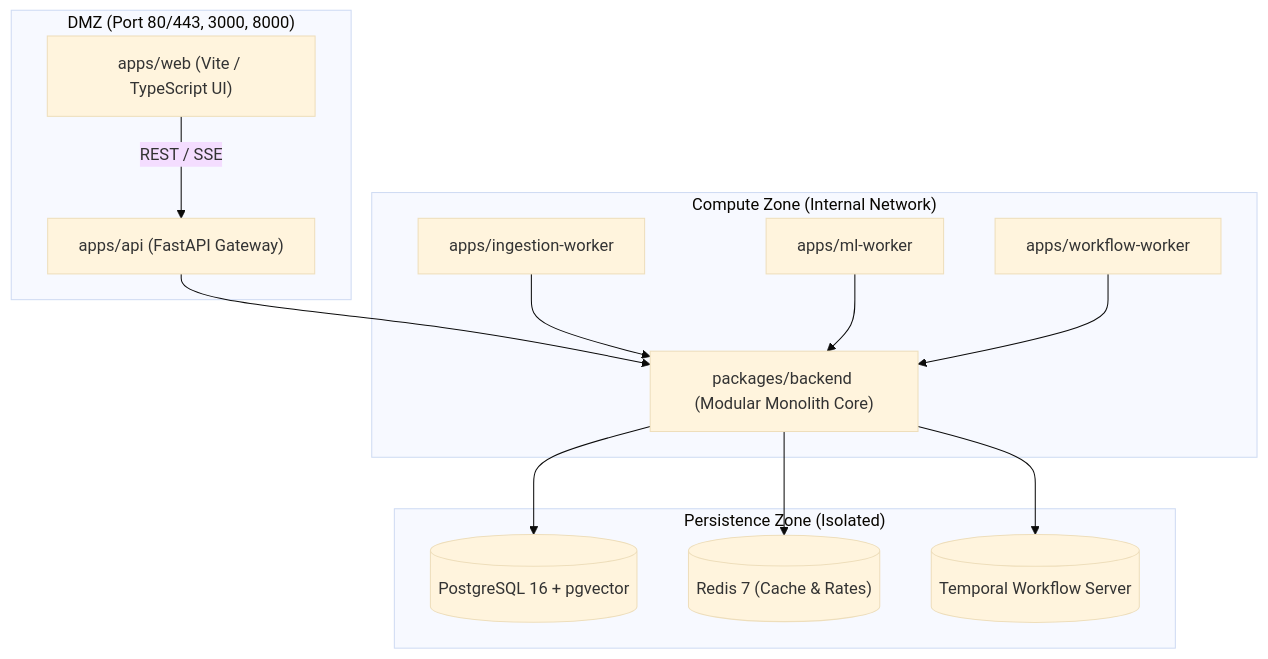
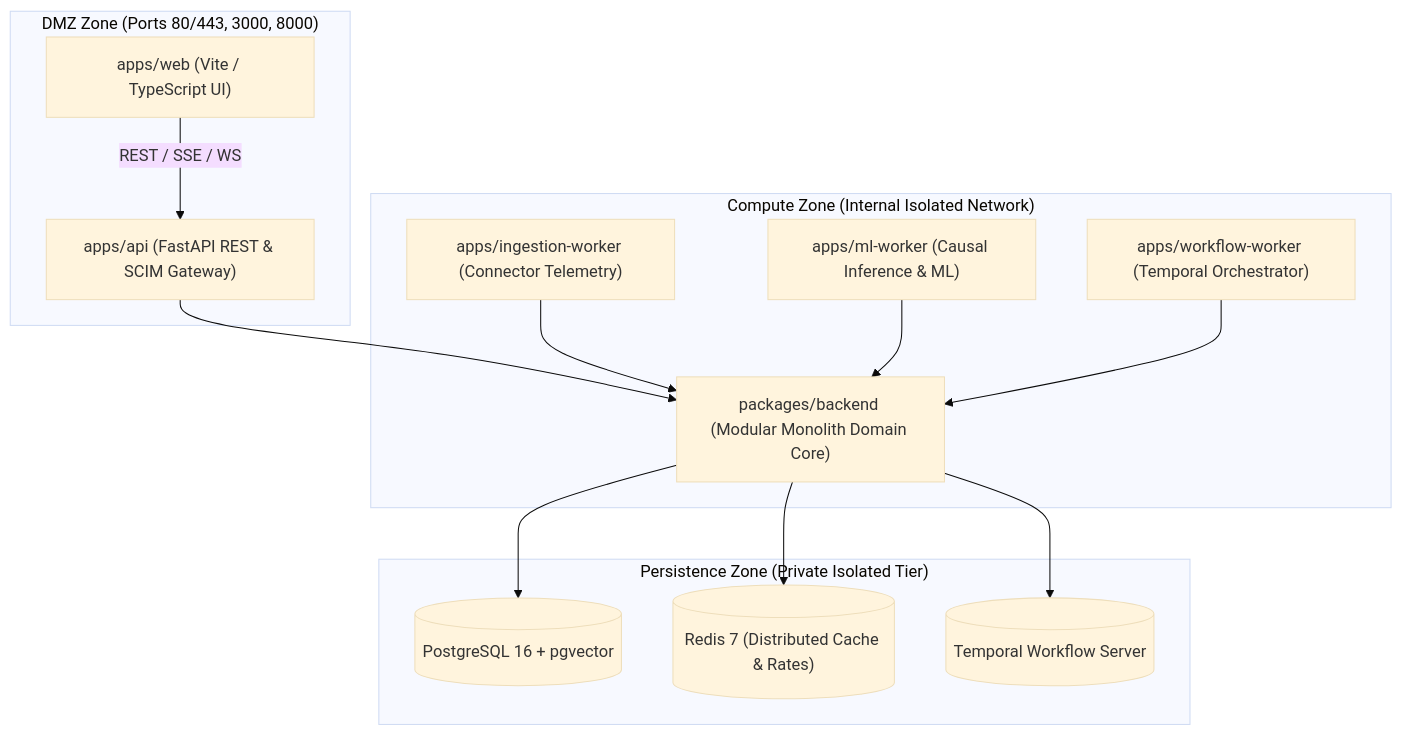
Before and after one commit to DuongVinh2004/RevPilot-AI: the diagram in README.md, drawn with Mermaid (base theme). The commit also changed other lines of this file and 9 other files, not shown here.

````diff
--- a/README.md
+++ b/README.md
@@ -43,27 +99,27 @@
 ```mermaid
 flowchart TD
-    subgraph DMZ["DMZ (Port 80/443, 3000, 8000)"]
+    subgraph DMZ["DMZ Zone (Ports 80/443, 3000, 8000)"]
         UI["apps/web (Vite / TypeScript UI)"]
-        API["apps/api (FastAPI Gateway)"]
+        API["apps/api (FastAPI REST & SCIM Gateway)"]
     end
 
-    subgraph Compute["Compute Zone (Internal Network)"]
-        W1["apps/ingestion-worker"]
-        W2["apps/ml-worker"]
-        W3["apps/workflow-worker"]
-        CORE["packages/backend (Modular Monolith Core)"]
+    subgraph Compute["Compute Zone (Internal Isolated Network)"]
+        W1["apps/ingestion-worker (Connector Telemetry)"]
+        W2["apps/ml-worker (Causal Inference & ML)"]
+        W3["apps/workflow-worker (Temporal Orchestrator)"]
+        CORE["packages/backend (Modular Monolith Domain Core)"]
     end
 
-    subgraph Persistence["Persistence Zone (Isolated)"]
+    subgraph Persistence["Persistence Zone (Private Isolated Tier)"]
         PG[("PostgreSQL 16 + pgvector")]
-        RD[("Redis 7 (Cache & Rates)")]
+        RD[("Redis 7 (Distributed Cache & Rates)")]
         TP[("Temporal Workflow Server")]
     end
 
-    UI -->|REST / SSE| API
+    UI -->|REST / SSE / WS| API
     API --> CORE
     CORE --> PG
     CORE --> RD
     CORE --> TP
     W1 & W2 & W3 --> CORE
 ```
````
